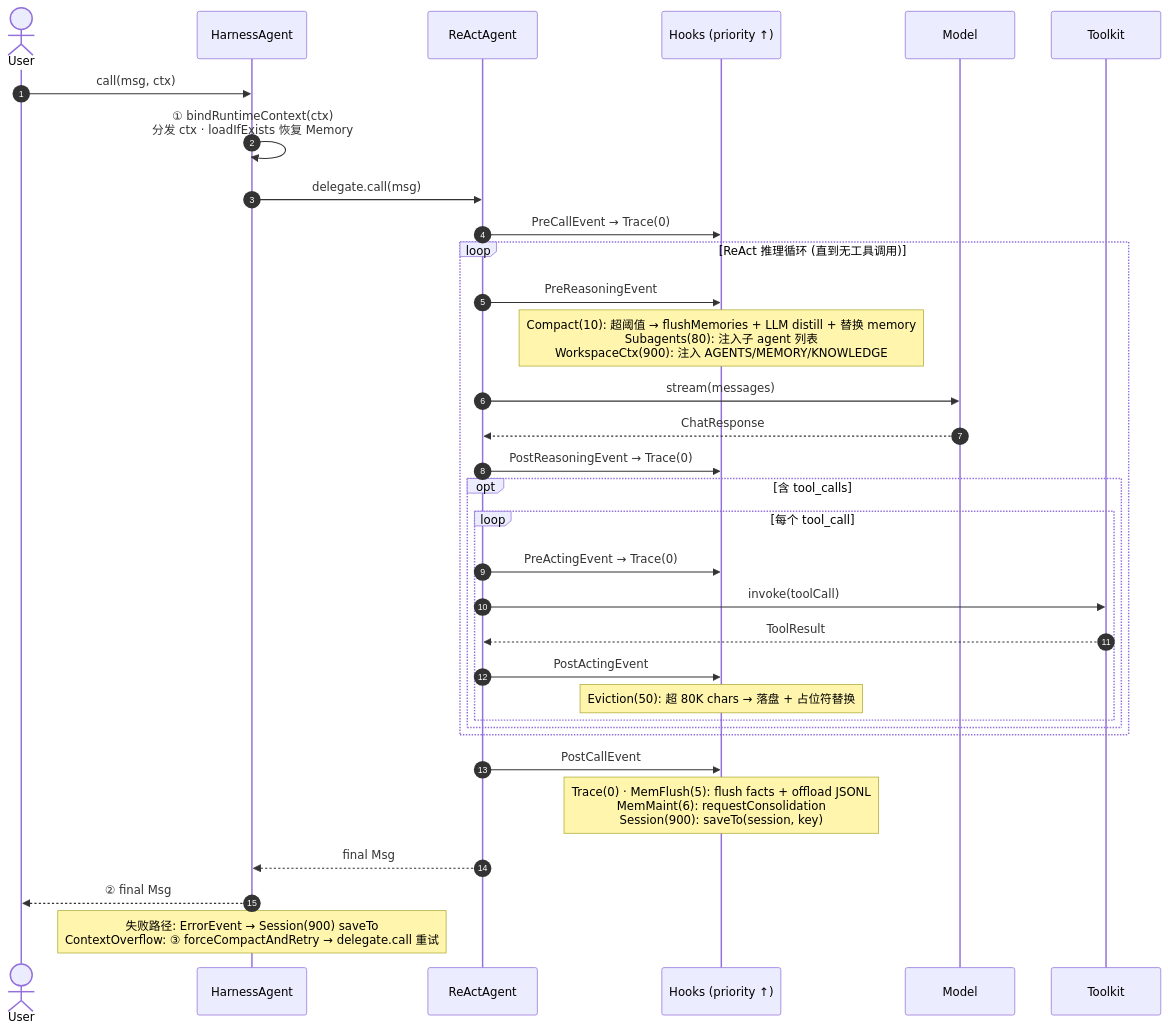
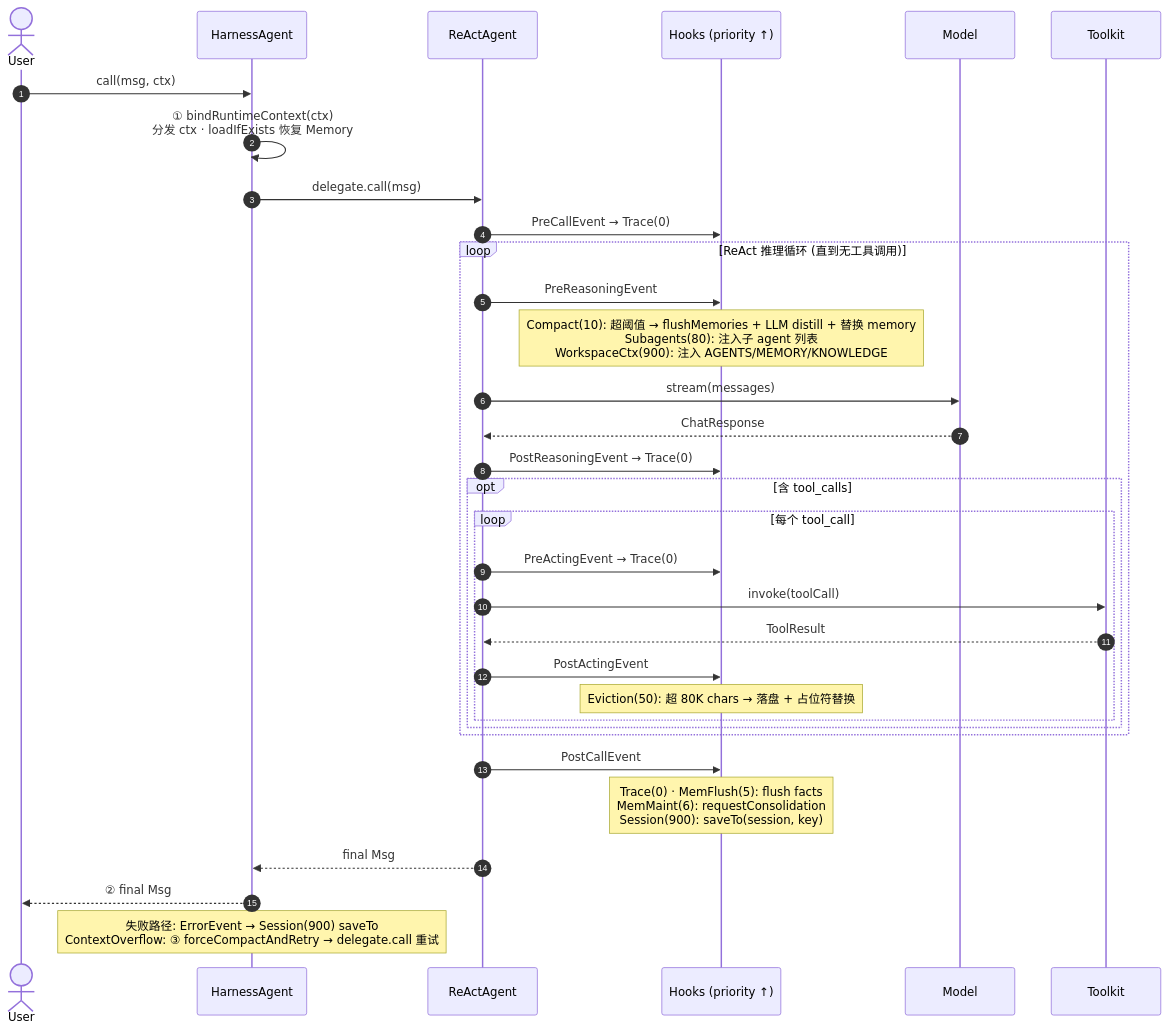
Before and after one commit to nexora-dev200/agentscope-java: the third of 8 diagrams in docs/v1/zh/docs/harness/architecture.md, drawn with Mermaid. The commit also changed other lines of this file and 7 other files, not shown here.

````diff
--- a/docs/v1/zh/docs/harness/architecture.md
+++ b/docs/v1/zh/docs/harness/architecture.md
@@ -139,44 +139,44 @@
 ```mermaid
 sequenceDiagram
     autonumber
     actor User
     participant HA as HarnessAgent
     participant RA as ReActAgent
     participant H as Hooks (priority ↑)
     participant M as Model
     participant T as Toolkit
 
     User->>HA: call(msg, ctx)
     HA->>HA: ① bindRuntimeContext(ctx)<br/>分发 ctx · loadIfExists 恢复 Memory
 
     HA->>RA: delegate.call(msg)
     RA->>H: PreCallEvent → Trace(0)
 
     loop ReAct 推理循环 (直到无工具调用)
         RA->>H: PreReasoningEvent
         Note over H: Compact(10): 超阈值 → flushMemories + LLM distill + 替换 memory<br/>Subagents(80): 注入子 agent 列表<br/>WorkspaceCtx(900): 注入 AGENTS/MEMORY/KNOWLEDGE
 
         RA->>M: stream(messages)
         M-->>RA: ChatResponse
 
         RA->>H: PostReasoningEvent → Trace(0)
 
         opt 含 tool_calls
             loop 每个 tool_call
                 RA->>H: PreActingEvent → Trace(0)
                 RA->>T: invoke(toolCall)
                 T-->>RA: ToolResult
                 RA->>H: PostActingEvent
                 Note over H: Eviction(50): 超 80K chars → 落盘 + 占位符替换
             end
         end
     end
 
     RA->>H: PostCallEvent
-    Note over H: Trace(0) · MemFlush(5): flush facts + offload JSONL<br/>MemMaint(6): requestConsolidation<br/>Session(900): saveTo(session, key)
+    Note over H: Trace(0) · MemFlush(5): flush facts<br/>MemMaint(6): requestConsolidation<br/>Session(900): saveTo(session, key)
 
     RA-->>HA: final Msg
     HA-->>User: ② final Msg
 
     Note over HA: 失败路径: ErrorEvent → Session(900) saveTo<br/>ContextOverflow: ③ forceCompactAndRetry → delegate.call 重试
 ```
````
